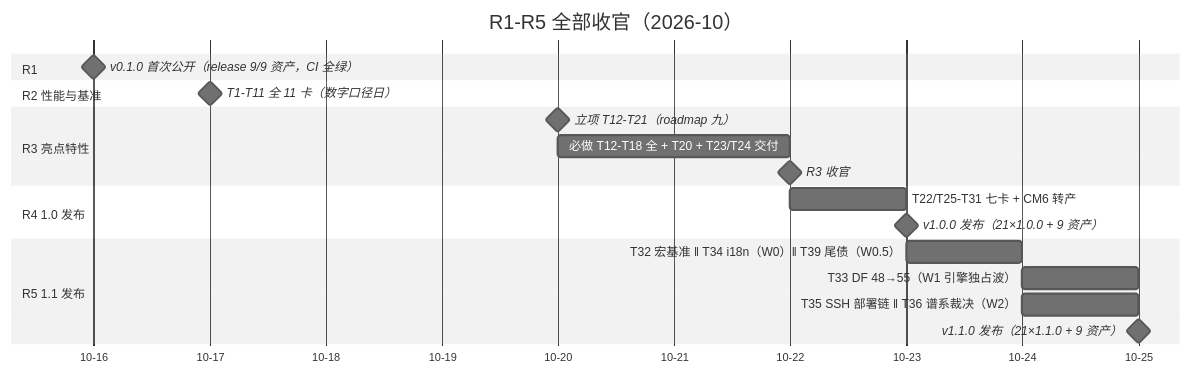
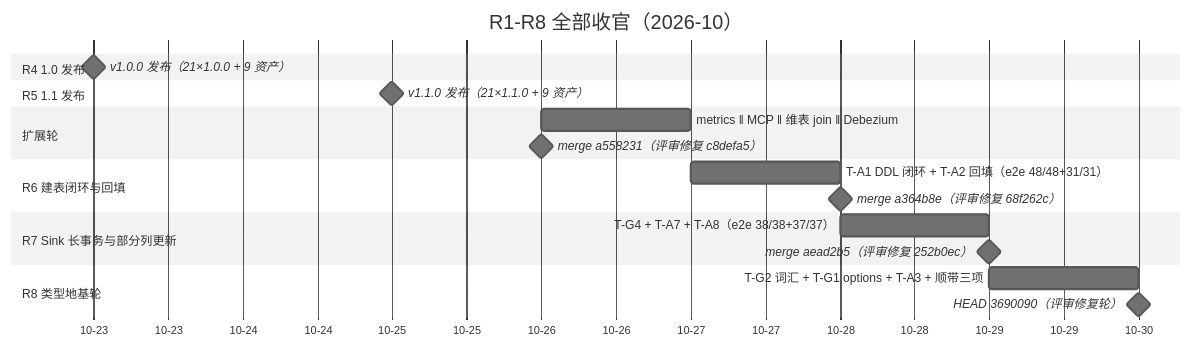
One commit to SeekerGalahad/tailrace changed the sixth of 7 diagrams in docs/design/architecture.zh.md. Above: the diagram before and after it, drawn with Mermaid (neutral theme). The commit also changed other lines of this file, not shown here.

Commit message:
docs: architecture zh - post-R8 canonical refresh (12 capabilities, anchored)

````diff
--- a/docs/design/architecture.zh.md
+++ b/docs/design/architecture.zh.md
@@ -511,22 +571,22 @@
 ```mermaid
 gantt
-  title R1-R5 全部收官（2026-10）
+  title R1-R8 全部收官（2026-10）
   dateFormat YYYY-MM-DD
   axisFormat %m-%d
-  section R1
-  v0.1.0 首次公开（release 9/9 资产，CI 全绿）  :milestone, 2026-10-16, 0d
-  section R2 性能与基准
-  T1-T11 全 11 卡（数字口径日）            :milestone, 2026-10-17, 0d
-  section R3 亮点特性
-  立项 T12-T21（roadmap 九）               :milestone, 2026-10-20, 0d
-  必做 T12-T18 全 + T20 + T23/T24 交付      :2026-10-20, 2d
-  R3 收官                                  :milestone, 2026-10-22, 0d
   section R4 1.0 发布
-  T22/T25-T31 七卡 + CM6 转产              :2026-10-22, 1d
   v1.0.0 发布（21×1.0.0 + 9 资产）         :milestone, 2026-10-23, 0d
   section R5 1.1 发布
-  T32 宏基准 ‖ T34 i18n（W0）‖ T39 尾债（W0.5） :2026-10-23, 1d
-  T33 DF 48→55（W1 引擎独占波）             :2026-10-24, 1d
-  T35 SSH 部署链 ‖ T36 谱系裁决（W2）        :2026-10-24, 1d
   v1.1.0 发布（21×1.1.0 + 9 资产）         :milestone, 2026-10-25, 0d
+  section 扩展轮
+  metrics ‖ MCP ‖ 维表 join ‖ Debezium     :2026-10-26, 1d
+  merge a558231（评审修复 c8defa5）         :milestone, 2026-10-26, 0d
+  section R6 建表闭环与回填
+  T-A1 DDL 闭环 + T-A2 回填（e2e 48/48+31/31）:2026-10-27, 1d
+  merge a364b8e（评审修复 68f262c）         :milestone, 2026-10-28, 0d
+  section R7 Sink 长事务与部分列更新
+  T-G4 + T-A7 + T-A8（e2e 38/38+37/37）     :2026-10-28, 1d
+  merge aead2b5（评审修复 252b0ec）         :milestone, 2026-10-29, 0d
+  section R8 类型地基轮
+  T-G2 词汇 + T-G1 options + T-A3 + 顺带三项 :2026-10-29, 1d
+  HEAD 3690090（评审修复轮）                :milestone, 2026-10-30, 0d
 ```
````
